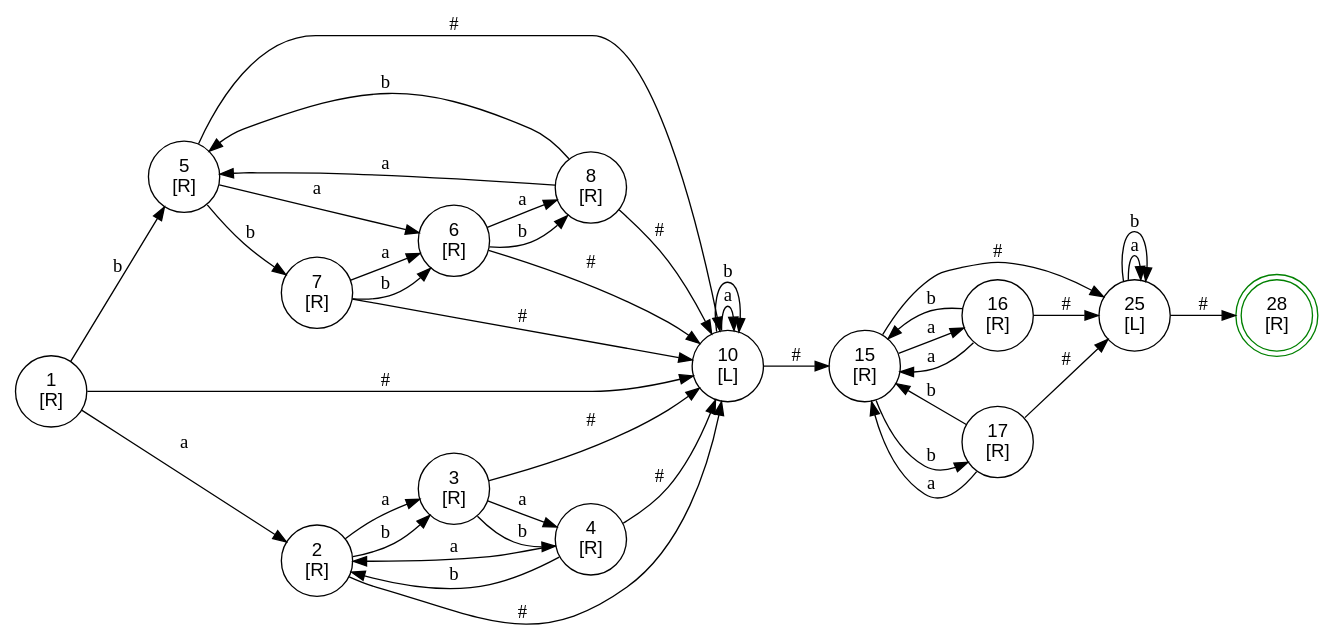
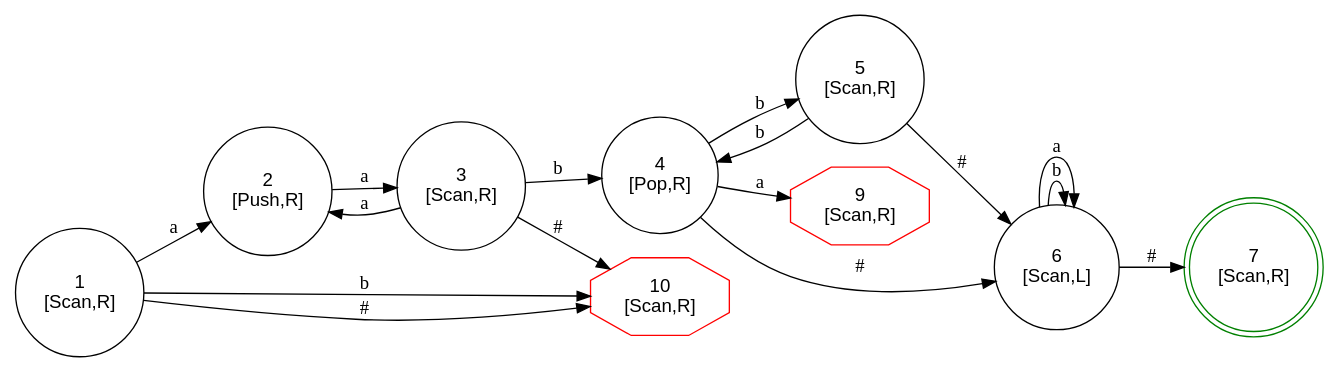
One commit to kokobabe99/turing_point changed the diagram in dots/2pda.dot. Above: the diagram before and after it, drawn with Graphviz. The commit also changed 11 other files, not shown here.

```diff
--- a/dots/2pda.dot
+++ b/dots/2pda.dot
@@ -1,56 +1,27 @@
 digraph FSM {
   rankdir=LR; node [shape=circle, fontname="Arial"];
-  1 [label="1\n[R]", shape=circle];
-  1 -> 5 [label="b"];
+  1 [label="1\n[Scan,R]", shape=circle];
+  1 -> 2 [label="a"];
+  1 -> 10 [label="b"];
   1 -> 10 [label="#"];
-  1 -> 2 [label="a"];
-  2 [label="2\n[R]", shape=circle];
+  2 [label="2\n[Push,R]", shape=circle];
   2 -> 3 [label="a"];
-  2 -> 3 [label="b"];
-  2 -> 10 [label="#"];
-  3 [label="3\n[R]", shape=circle];
-  3 -> 4 [label="a"];
+  3 [label="3\n[Scan,R]", shape=circle];
+  3 -> 2 [label="a"];
   3 -> 4 [label="b"];
   3 -> 10 [label="#"];
-  4 [label="4\n[R]", shape=circle];
-  4 -> 10 [label="#"];
-  4 -> 2 [label="a"];
-  4 -> 2 [label="b"];
-  5 [label="5\n[R]", shape=circle];
-  5 -> 6 [label="a"];
-  5 -> 7 [label="b"];
-  5 -> 10 [label="#"];
-  6 [label="6\n[R]", shape=circle];
-  6 -> 8 [label="a"];
-  6 -> 8 [label="b"];
-  6 -> 10 [label="#"];
-  7 [label="7\n[R]", shape=circle];
-  7 -> 6 [label="a"];
-  7 -> 6 [label="b"];
-  7 -> 10 [label="#"];
-  8 [label="8\n[R]", shape=circle];
-  8 -> 5 [label="b"];
-  8 -> 10 [label="#"];
-  8 -> 5 [label="a"];
-  10 [label="10\n[L]", shape=circle];
-  10 -> 10 [label="a"];
-  10 -> 10 [label="b"];
-  10 -> 15 [label="#"];
-  15 [label="15\n[R]", shape=circle];
-  15 -> 25 [label="#"];
-  15 -> 16 [label="a"];
-  15 -> 17 [label="b"];
-  16 [label="16\n[R]", shape=circle];
-  16 -> 15 [label="a"];
-  16 -> 15 [label="b"];
-  16 -> 25 [label="#"];
-  17 [label="17\n[R]", shape=circle];
-  17 -> 15 [label="a"];
-  17 -> 15 [label="b"];
-  17 -> 25 [label="#"];
-  25 [label="25\n[L]", shape=circle];
-  25 -> 25 [label="a"];
-  25 -> 25 [label="b"];
-  25 -> 28 [label="#"];
-  28 [label="28\n[R]", shape=doublecircle, color="green"];
+  4 [label="4\n[Pop,R]", shape=circle];
+  4 -> 5 [label="b"];
+  4 -> 9 [label="a"];
+  4 -> 6 [label="#"];
+  5 [label="5\n[Scan,R]", shape=circle];
+  5 -> 4 [label="b"];
+  5 -> 6 [label="#"];
+  6 [label="6\n[Scan,L]", shape=circle];
+  6 -> 6 [label="b"];
+  6 -> 7 [label="#"];
+  6 -> 6 [label="a"];
+  7 [label="7\n[Scan,R]", shape=doublecircle, color="green"];
+  9 [label="9\n[Scan,R]", shape=octagon, color="red"];
+  10 [label="10\n[Scan,R]", shape=octagon, color="red"];
 }
```
